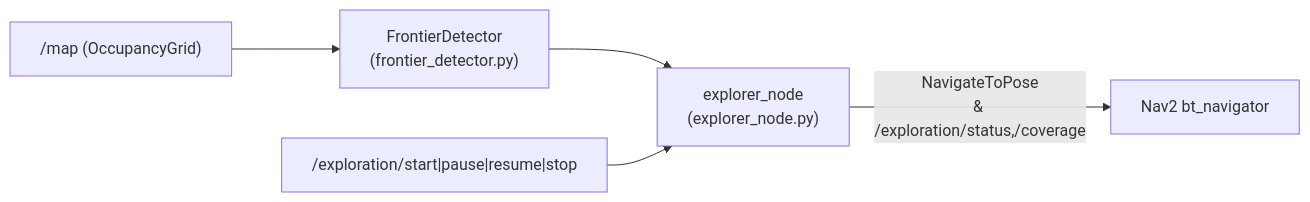
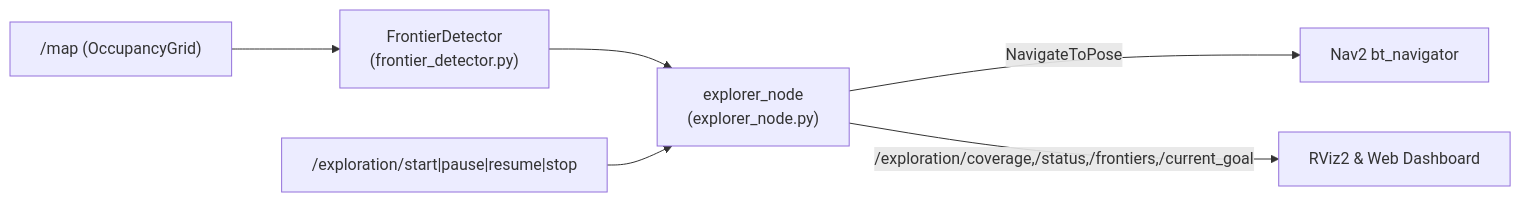
Before and after one commit to dkworks108/4ws_robot: the diagram in src/four_wheel_exploration/README.md, drawn with Mermaid. The commit also changed other lines of this file and 20 other files, not shown here.

````diff
--- a/src/four_wheel_exploration/README.md
+++ b/src/four_wheel_exploration/README.md
@@ -15,7 +25,8 @@
 ```mermaid
 flowchart LR
     Map["/map (OccupancyGrid)"] --> Detector["FrontierDetector\n(frontier_detector.py)"]
     Detector --> Explorer["explorer_node\n(explorer_node.py)"]
-    Explorer -->|"NavigateToPose\n& /exploration/status,/coverage"| Nav2["Nav2 bt_navigator"]
-    Services["/exploration/start|pause|resume|stop"] --> Explorer
+    Explorer -->|"NavigateToPose"| Nav2["Nav2 bt_navigator"]
+    Explorer -->|"/exploration/coverage,/status,/frontiers,/current_goal"| UI["RViz2 & Web Dashboard"]
+    Cmd["/exploration/start|pause|resume|stop"] --> Explorer
 ```
````
